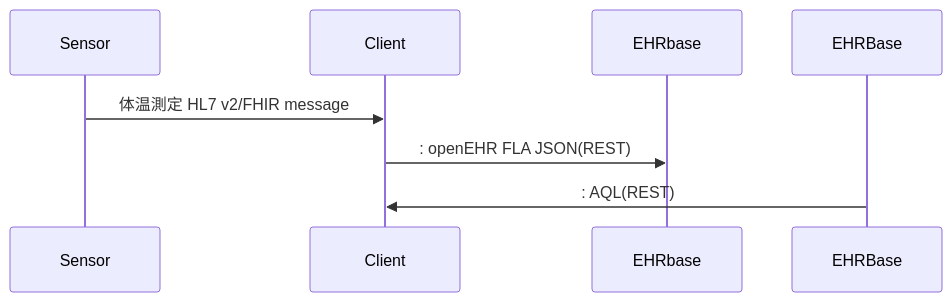
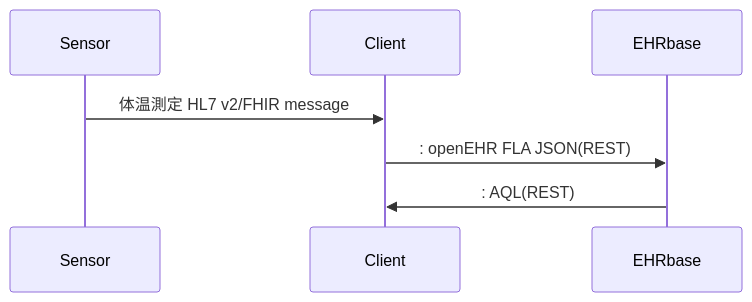
One commit to skoba/openehr-lesson-jp changed the diagram in doc/lesson1.md. Above: the diagram before and after it, drawn with Mermaid.

Commit message:
fixed mermaid diagram

````diff
--- a/doc/lesson1.md
+++ b/doc/lesson1.md
@@ -11,9 +11,9 @@
 ```mermaid
 sequenceDiagram
   participant Sensor
   participant Client
   participant EHRbase
   Sensor->>Client: 体温測定 HL7 v2/FHIR message
   Client->>EHRbase:: openEHR FLA JSON(REST)
-  EHRBase->>Client:: AQL(REST)
+  EHRbase->>Client:: AQL(REST)
 ```
````
